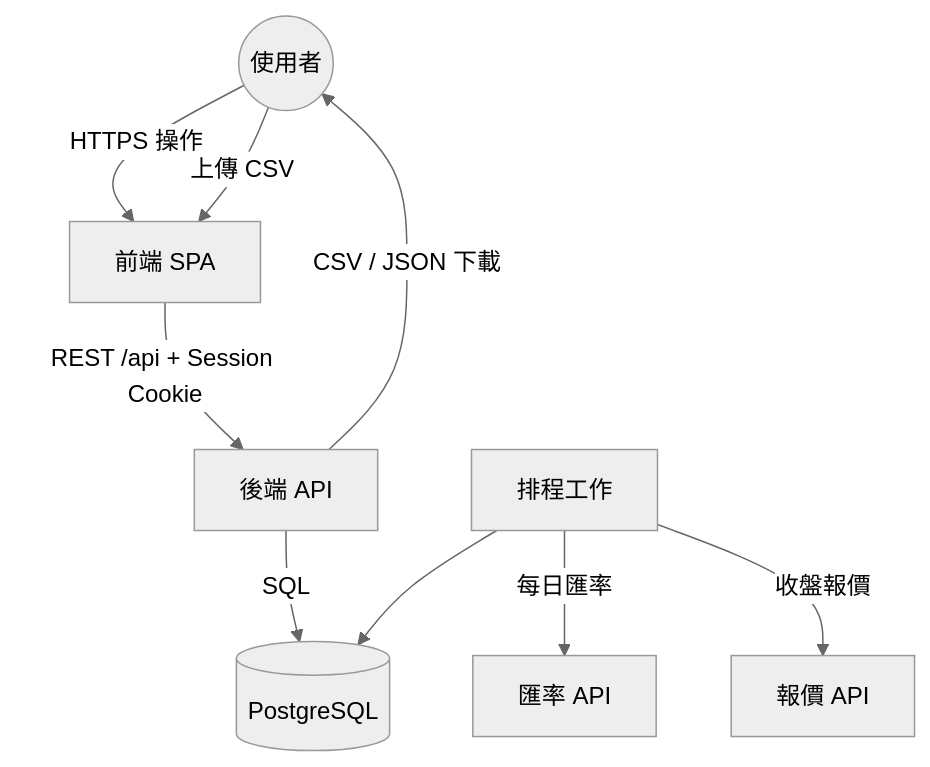
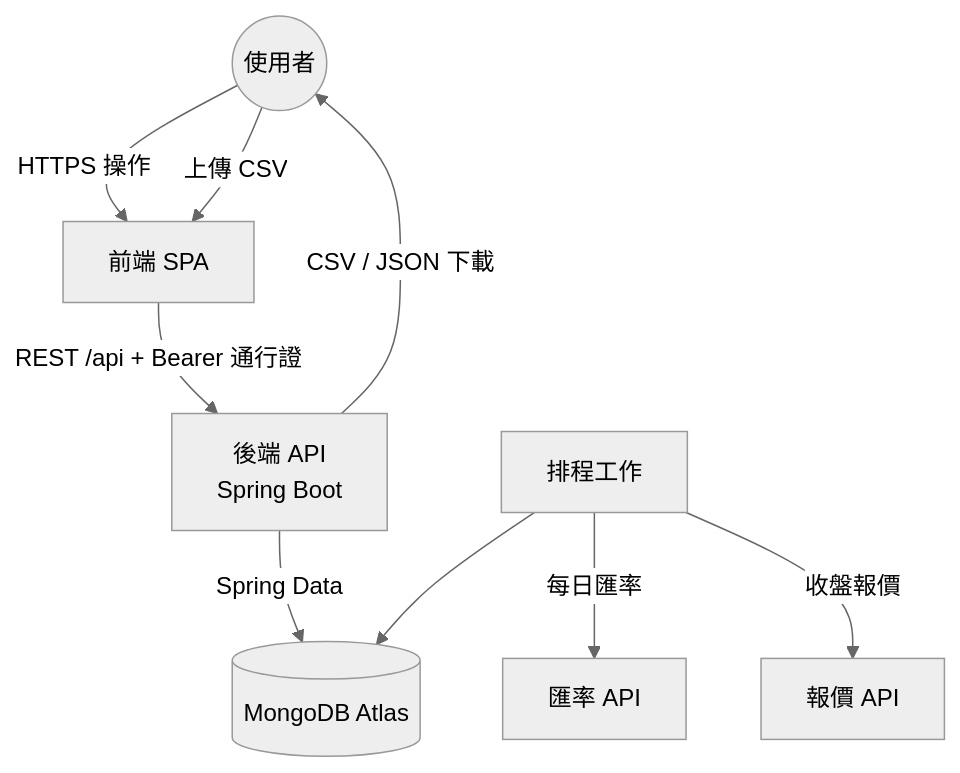
One commit to alexsuze/do-accounts changed the third of 3 diagrams in docs/SA.md. Above: the diagram before and after it, drawn with Mermaid (neutral theme). The commit also changed other lines of this file and 3 other files, not shown here.

````diff
--- a/docs/SA.md
+++ b/docs/SA.md
@@ -375,11 +376,11 @@
 ```mermaid
 graph TD
     U((使用者)) -->|HTTPS 操作| WEB[前端 SPA]
-    WEB -->|REST /api + Session Cookie| API[後端 API]
-    API -->|SQL| DB[(PostgreSQL)]
+    WEB -->|REST /api + Bearer 通行證| API[後端 API<br/>Spring Boot]
+    API -->|Spring Data| DB[(MongoDB Atlas)]
     JOB[排程工作] -->|每日匯率| FXAPI[匯率 API]
     JOB -->|收盤報價| QAPI[報價 API]
     JOB --> DB
     U -->|上傳 CSV| WEB
     API -->|CSV / JSON 下載| U
 ```
````
